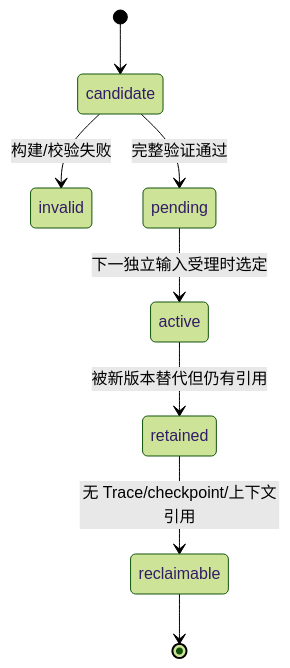
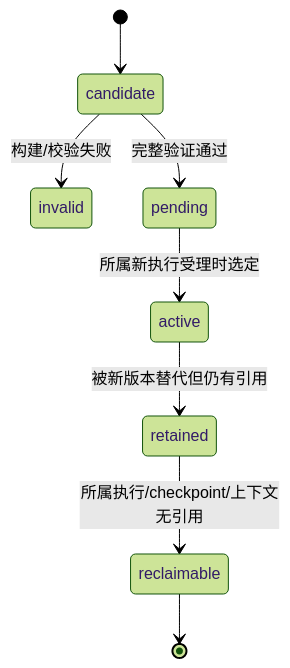
The first of 4 diagrams in docs/pi-eino-dev-plan/10-extensions-and-workflows.md (ww1489/seasprak), drawn with Mermaid (forest theme) before and after one commit. The commit also changed other lines of this file and 904 other files, not shown here.

````diff
--- a/docs/pi-eino-dev-plan/10-extensions-and-workflows.md
+++ b/docs/pi-eino-dev-plan/10-extensions-and-workflows.md
@@ -45,10 +87,10 @@
 ```mermaid
 stateDiagram-v2
     [*] --> candidate
     candidate --> invalid: 构建/校验失败
     candidate --> pending: 完整验证通过
-    pending --> active: 下一独立输入受理时选定
+    pending --> active: 所属新执行受理时选定
     active --> retained: 被新版本替代但仍有引用
-    retained --> reclaimable: 无 Trace/checkpoint/上下文引用
+    retained --> reclaimable: 所属执行/checkpoint/上下文无引用
     reclaimable --> [*]
 ```
````
